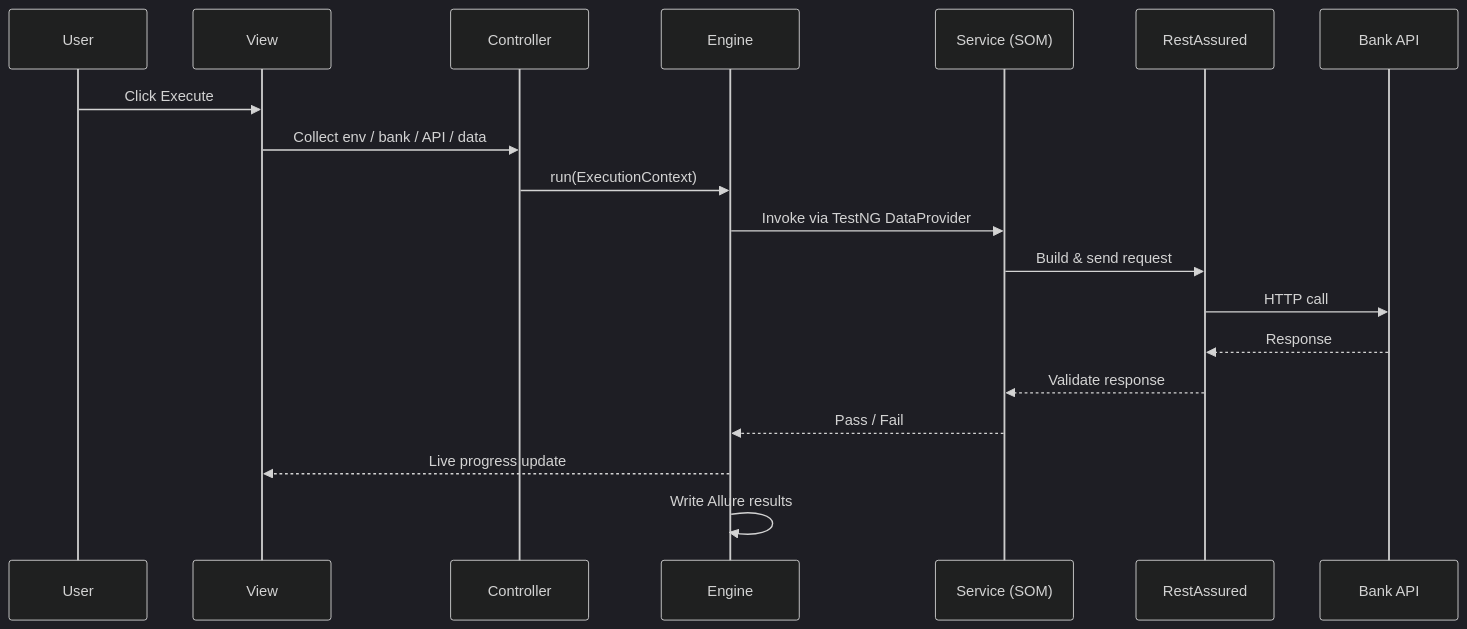
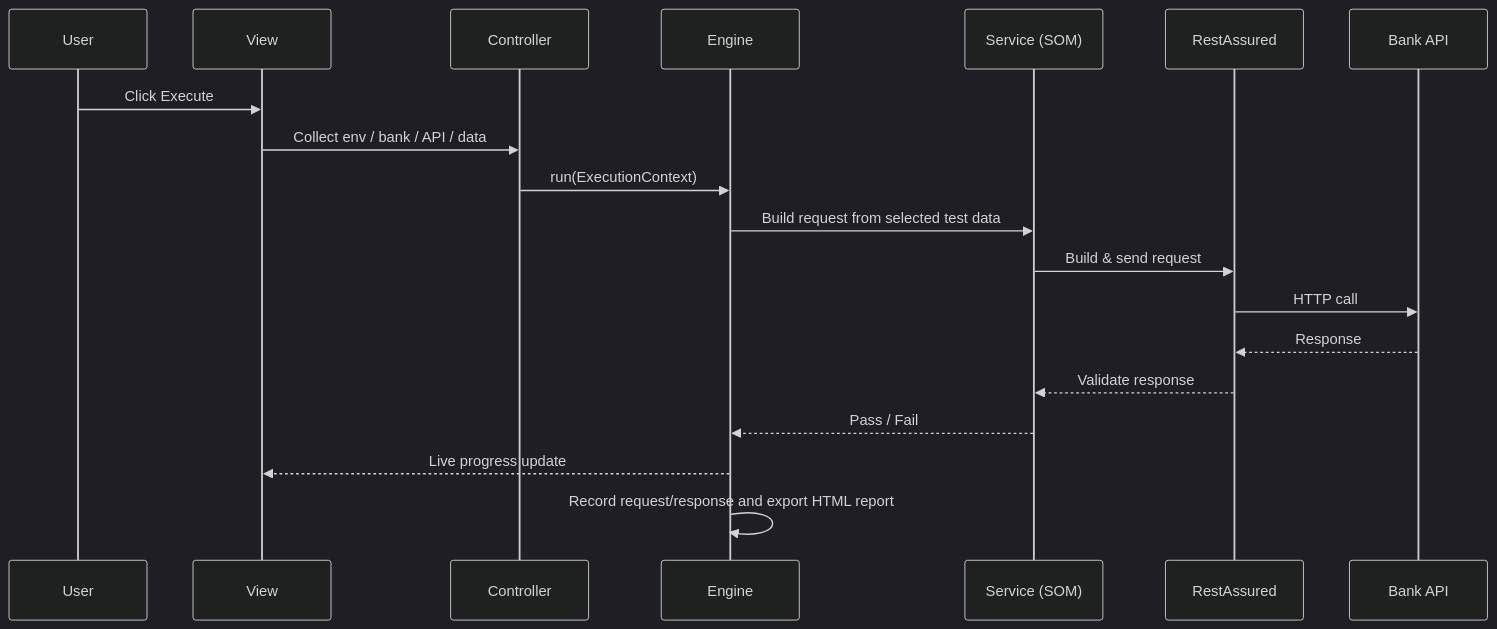
One commit to Bad-ri/RestAssured_GUI_FrameWork changed the second of 2 diagrams in README.md. Above: the diagram before and after it, drawn with Mermaid (dark theme). The commit also changed other lines of this file and 90 other files, not shown here.

````diff
--- a/README.md
+++ b/README.md
@@ -32,22 +32,22 @@
 ```mermaid
 sequenceDiagram
     participant U as User
     participant V as View
     participant C as Controller
     participant E as Engine
     participant S as Service (SOM)
     participant R as RestAssured
     participant API as Bank API
 
     U->>V: Click Execute
     V->>C: Collect env / bank / API / data
     C->>E: run(ExecutionContext)
-    E->>S: Invoke via TestNG DataProvider
+    E->>S: Build request from selected test data
     S->>R: Build & send request
     R->>API: HTTP call
     API-->>R: Response
     R-->>S: Validate response
     S-->>E: Pass / Fail
     E-->>V: Live progress update
-    E->>E: Write Allure results
+    E->>E: Record request/response and export HTML report
 ```
````
